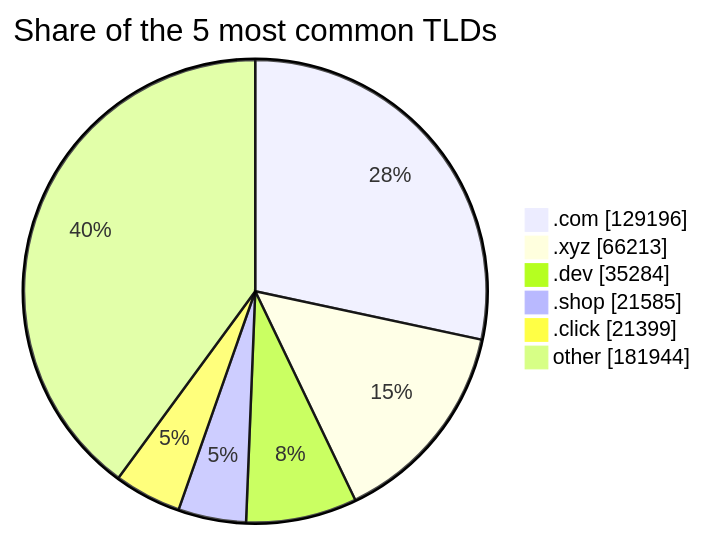
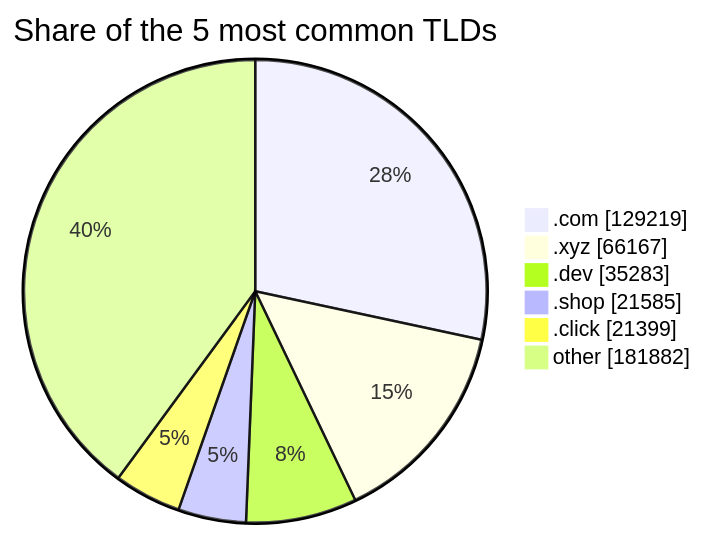
The third of 3 diagrams in README.md (DNSBunker/CTI), drawn with Mermaid before and after one commit. The commit also changed other lines of this file and 3 other files, not shown here.

````diff
--- a/README.md
+++ b/README.md
@@ -81,9 +81,9 @@
 ```mermaid
 pie showData title Share of the 5 most common TLDs
-    ".com" : 129196
-    ".xyz" : 66213
-    ".dev" : 35284
+    ".com" : 129219
+    ".xyz" : 66167
+    ".dev" : 35283
     ".shop" : 21585
     ".click" : 21399
-    "other" : 181944
+    "other" : 181882
 ```
````
